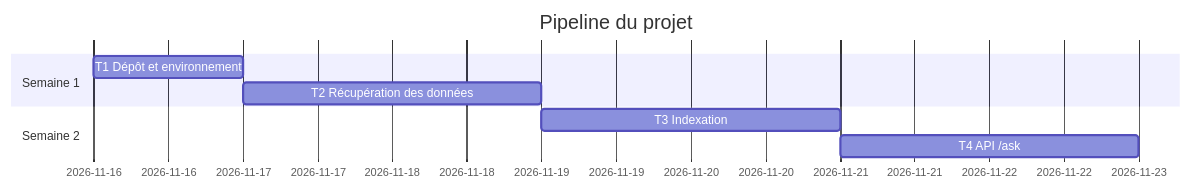
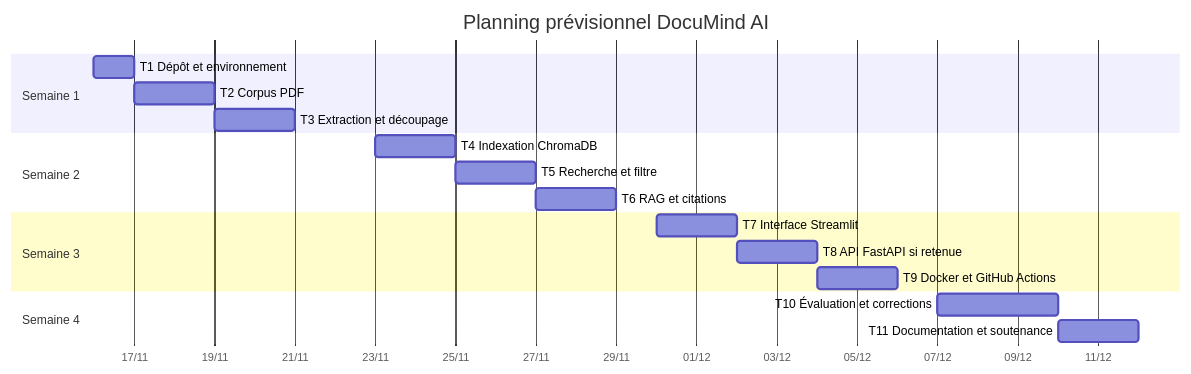
The second of 2 diagrams in Dossier de lancement (semaine 1) (1).md (Redouane-Maamri/Application-de-recherche-documentaire), drawn with Mermaid before and after one commit. The commit also changed other lines of this file, not shown here.

Commit message:
Update Dossier de lancement (semaine 1) (1).md

````diff
--- a/Dossier de lancement (semaine 1) (1).md
+++ b/Dossier de lancement (semaine 1) (1).md
@@ -205,11 +260,21 @@
 ```mermaid
 gantt
+    title Planning prévisionnel DocuMind AI
     dateFormat YYYY-MM-DD
-    title Pipeline du projet
+    axisFormat %d/%m
     section Semaine 1
-    T1 Dépôt et environnement   :t1, 2026-11-16, 1d
-    T2 Récupération des données :t2, after t1, 2d
+    T1 Dépôt et environnement       :t1, 2026-11-16, 1d
+    T2 Corpus PDF                   :t2, after t1, 2d
+    T3 Extraction et découpage      :t3, after t2, 2d
     section Semaine 2
-    T3 Indexation               :t3, after t2, 2d
-    T4 API /ask                 :t4, after t3, 2d
+    T4 Indexation ChromaDB          :t4, 2026-11-23, 2d
+    T5 Recherche et filtre          :t5, after t4, 2d
+    T6 RAG et citations             :t6, after t5, 2d
+    section Semaine 3
+    T7 Interface Streamlit          :t7, 2026-11-30, 2d
+    T8 API FastAPI si retenue       :t8, after t7, 2d
+    T9 Docker et GitHub Actions     :t9, after t8, 2d
+    section Semaine 4
+    T10 Évaluation et corrections   :t10, 2026-12-07, 3d
+    T11 Documentation et soutenance :t11, after t10, 2d
 ```
````
